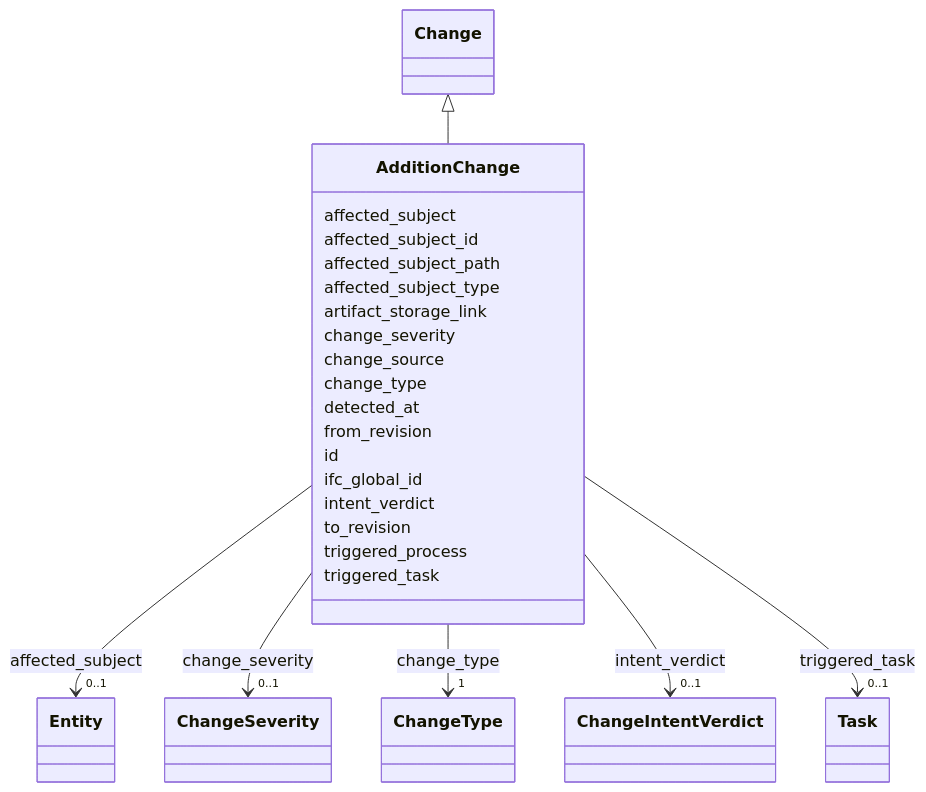
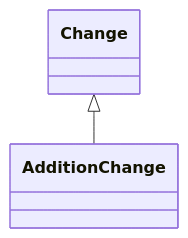
Before and after one commit to simondilhas/pragmatic-bim-data-contract: the diagram in site/.md-src/schema/AdditionChange.md, drawn with Mermaid. The commit also changed 561 other files, not shown here.

First line of the commit message:
Integrate Mermaid and Panzoom for enhanced documentation visualization

````diff
--- a/site/.md-src/schema/AdditionChange.md
+++ b/site/.md-src/schema/AdditionChange.md
@@ -23,33 +23,13 @@
 ```mermaid
- classDiagram
-    class AdditionChange
-    click AdditionChange href "./AdditionChange.html"
-      Change <|-- AdditionChange
-        click Change href "./Change.html"
-      AdditionChange : affected_subject
-        AdditionChange --> "0..1" Entity : affected_subject
-        click Entity href "./Entity.html"
-      AdditionChange : affected_subject_id
-      AdditionChange : affected_subject_path
-      AdditionChange : affected_subject_type
-      AdditionChange : artifact_storage_link
-      AdditionChange : change_severity
-        AdditionChange --> "0..1" ChangeSeverity : change_severity
-        click ChangeSeverity href "./ChangeSeverity.html"
-      AdditionChange : change_source
-      AdditionChange : change_type
-        AdditionChange --> "1" ChangeType : change_type
-        click ChangeType href "./ChangeType.html"
-      AdditionChange : detected_at
-      AdditionChange : from_revision
-      AdditionChange : id
-      AdditionChange : ifc_global_id
-      AdditionChange : intent_verdict
-        AdditionChange --> "0..1" ChangeIntentVerdict : intent_verdict
-        click ChangeIntentVerdict href "./ChangeIntentVerdict.html"
-      AdditionChange : to_revision
-      AdditionChange : triggered_process
-      AdditionChange : triggered_task
-        AdditionChange --> "0..1" Task : triggered_task
-        click Task href "./Task.html"
+classDiagram
+direction TB
+class AdditionChange
+click AdditionChange href "./AdditionChange.html" _blank
+Change <|-- AdditionChange
+click Change href "./Change.html" _blank
+click Entity href "./Entity.html" _blank
+click ChangeSeverity href "./ChangeSeverity.html" _blank
+click ChangeType href "./ChangeType.html" _blank
+click ChangeIntentVerdict href "./ChangeIntentVerdict.html" _blank
+click Task href "./Task.html" _blank
 ```
````
